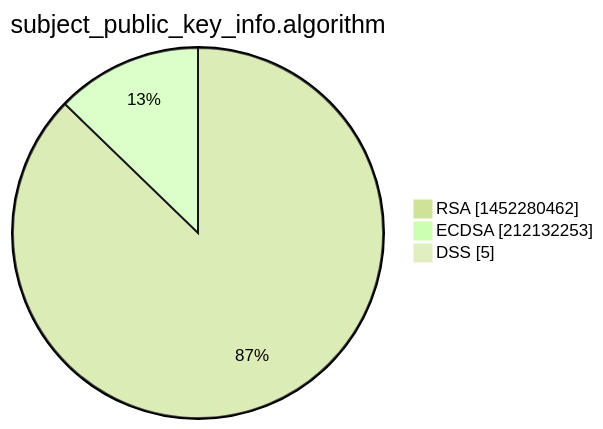
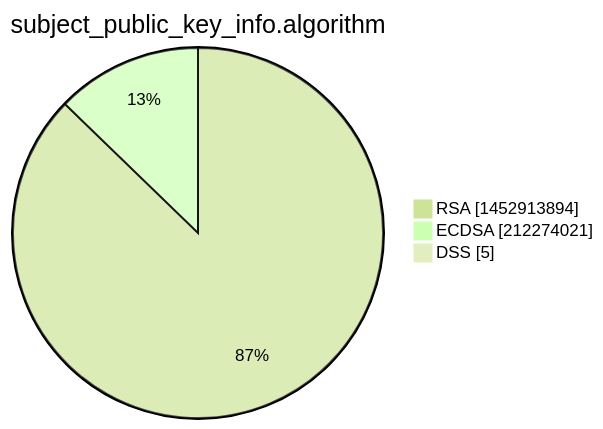
The third of 15 diagrams in xenon2022/README.md (christiankrug/ctmonitor_visualization), drawn with Mermaid (forest theme) before and after one commit. The commit also changed other lines of this file, not shown here.

````diff
--- a/xenon2022/README.md
+++ b/xenon2022/README.md
@@ -14,7 +14,7 @@
 ```mermaid
 pie showData
 title subject_public_key_info.algorithm
-"RSA" :1452280462
-"ECDSA" :212132253
+"RSA" :1452913894
+"ECDSA" :212274021
 "DSS" :5
 ```
````
